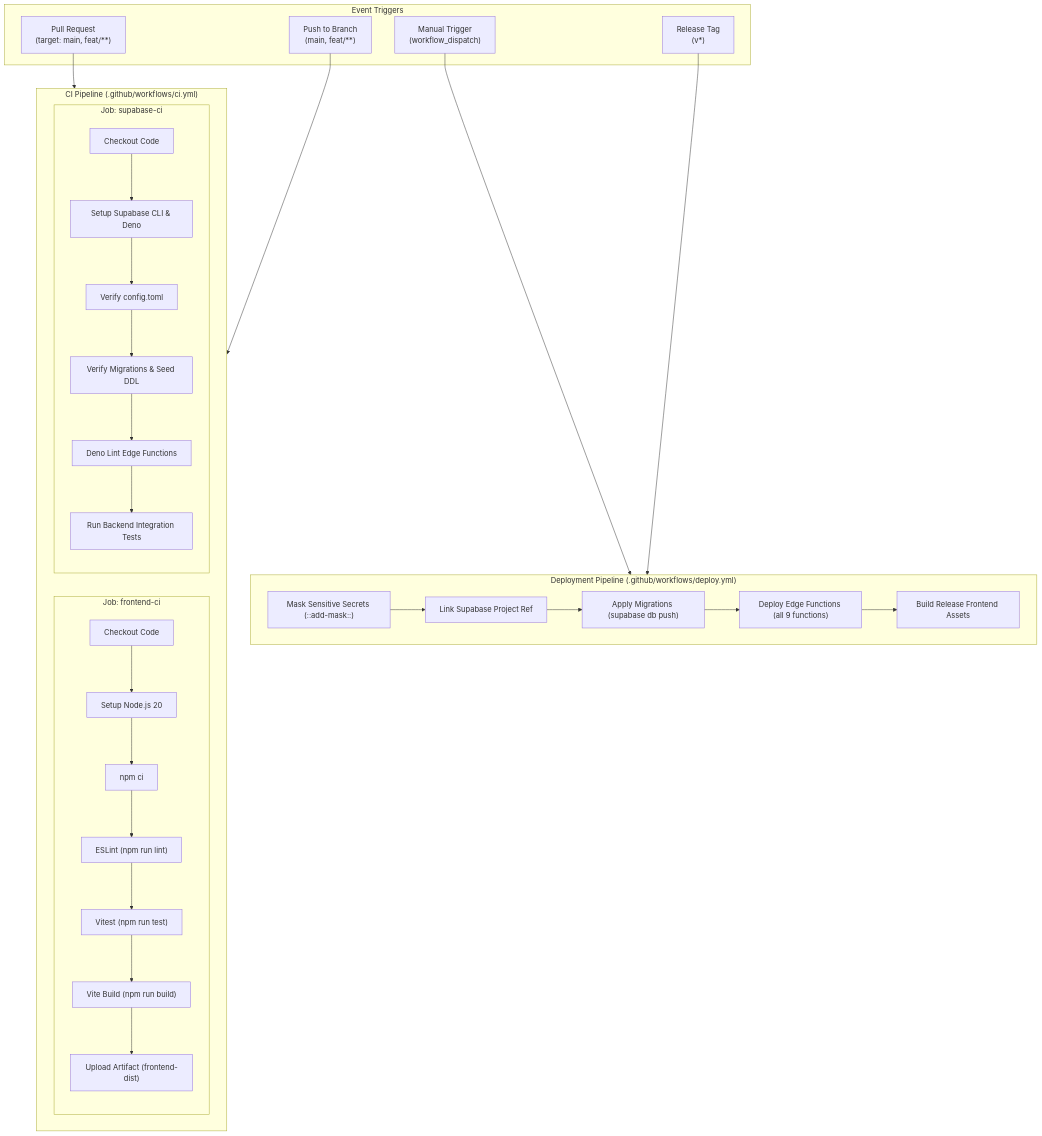
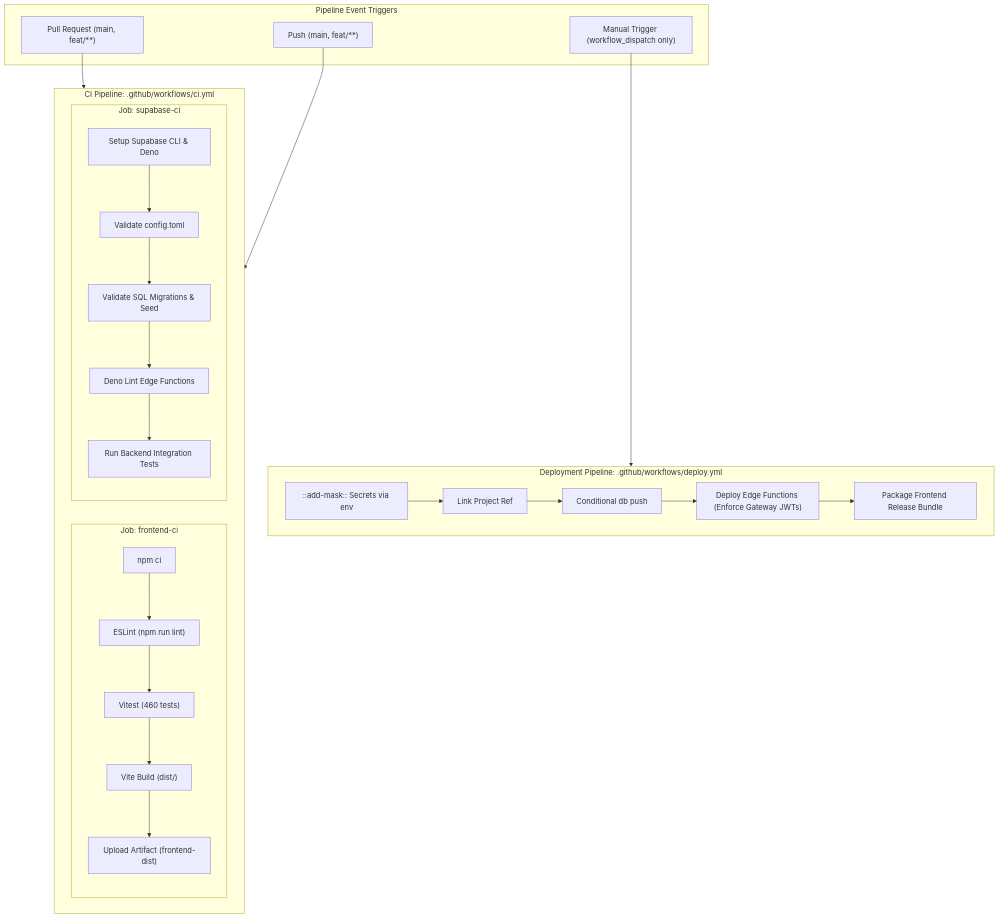
Before and after one commit to parthkprogrammer/FanPulse_AI: the diagram in docs/CI_CD_PIPELINE.md, drawn with Mermaid. The commit also changed other lines of this file and 1 other file, not shown here.

Commit message:
fix(ci): harden deploy workflow with manual dispatch only, gateway JWT enforcement, and secure env secret masking

````diff
--- a/docs/CI_CD_PIPELINE.md
+++ b/docs/CI_CD_PIPELINE.md
@@ -21,47 +23,35 @@
 ```mermaid
 flowchart TD
-    subgraph TriggerEvents["Event Triggers"]
-        PR["Pull Request\n(target: main, feat/**)"]
-        PushBranch["Push to Branch\n(main, feat/**)"]
-        ManualDispatch["Manual Trigger\n(workflow_dispatch)"]
-        ReleaseTag["Release Tag\n(v*)"]
+    subgraph Triggers["Pipeline Event Triggers"]
+        PR["Pull Request (main, feat/**)"]
+        PushCommit["Push (main, feat/**)"]
+        ManualRun["Manual Trigger (workflow_dispatch only)"]
     end
 
-    subgraph CIWorkflow["CI Pipeline (.github/workflows/ci.yml)"]
+    subgraph CI["CI Pipeline: .github/workflows/ci.yml"]
         subgraph FrontendJob["Job: frontend-ci"]
-            Checkout1["Checkout Code"]
-            SetupNode1["Setup Node.js 20"]
-            InstallDeps1["npm ci"]
-            Lint1["ESLint (npm run lint)"]
-            Test1["Vitest (npm run test)"]
-            Build1["Vite Build (npm run build)"]
-            Artifact1["Upload Artifact (frontend-dist)"]
+            F1["npm ci"] --> F2["ESLint (npm run lint)"]
+            F2 --> F3["Vitest (460 tests)"]
+            F3 --> F4["Vite Build (dist/)"]
+            F4 --> F5["Upload Artifact (frontend-dist)"]
         end
 
         subgraph SupabaseJob["Job: supabase-ci"]
-            Checkout2["Checkout Code"]
-            SetupCli2["Setup Supabase CLI & Deno"]
-            VerifyConfig2["Verify config.toml"]
-            VerifyMigrations2["Verify Migrations & Seed DDL"]
-            DenoLint2["Deno Lint Edge Functions"]
-            BackendTests2["Run Backend Integration Tests"]
+            S1["Setup Supabase CLI & Deno"] --> S2["Validate config.toml"]
+            S2 --> S3["Validate SQL Migrations & Seed"]
+            S3 --> S4["Deno Lint Edge Functions"]
+            S4 --> S5["Run Backend Integration Tests"]
         end
     end
 
-    subgraph DeployWorkflow["Deployment Pipeline (.github/workflows/deploy.yml)"]
-        MaskSecrets["Mask Sensitive Secrets (::add-mask::)"]
-        LinkProject["Link Supabase Project Ref"]
-        PushMigrations["Apply Migrations (supabase db push)"]
-        DeployFunctions["Deploy Edge Functions (all 9 functions)"]
-        BuildFrontend["Build Release Frontend Assets"]
+    subgraph Deploy["Deployment Pipeline: .github/workflows/deploy.yml"]
+        D1["::add-mask:: Secrets via env"] --> D2["Link Project Ref"]
+        D2 --> D3["Conditional db push"]
+        D3 --> D4["Deploy Edge Functions (Enforce Gateway JWTs)"]
+        D4 --> D5["Package Frontend Release Bundle"]
     end
 
-    PR --> CIWorkflow
-    PushBranch --> CIWorkflow
-    ManualDispatch --> DeployWorkflow
-    ReleaseTag --> DeployWorkflow
-
-    Checkout1 --> SetupNode1 --> InstallDeps1 --> Lint1 --> Test1 --> Build1 --> Artifact1
-    Checkout2 --> SetupCli2 --> VerifyConfig2 --> VerifyMigrations2 --> DenoLint2 --> BackendTests2
-    MaskSecrets --> LinkProject --> PushMigrations --> DeployFunctions --> BuildFrontend
+    PR --> CI
+    PushCommit --> CI
+    ManualRun --> Deploy
 ```
````
